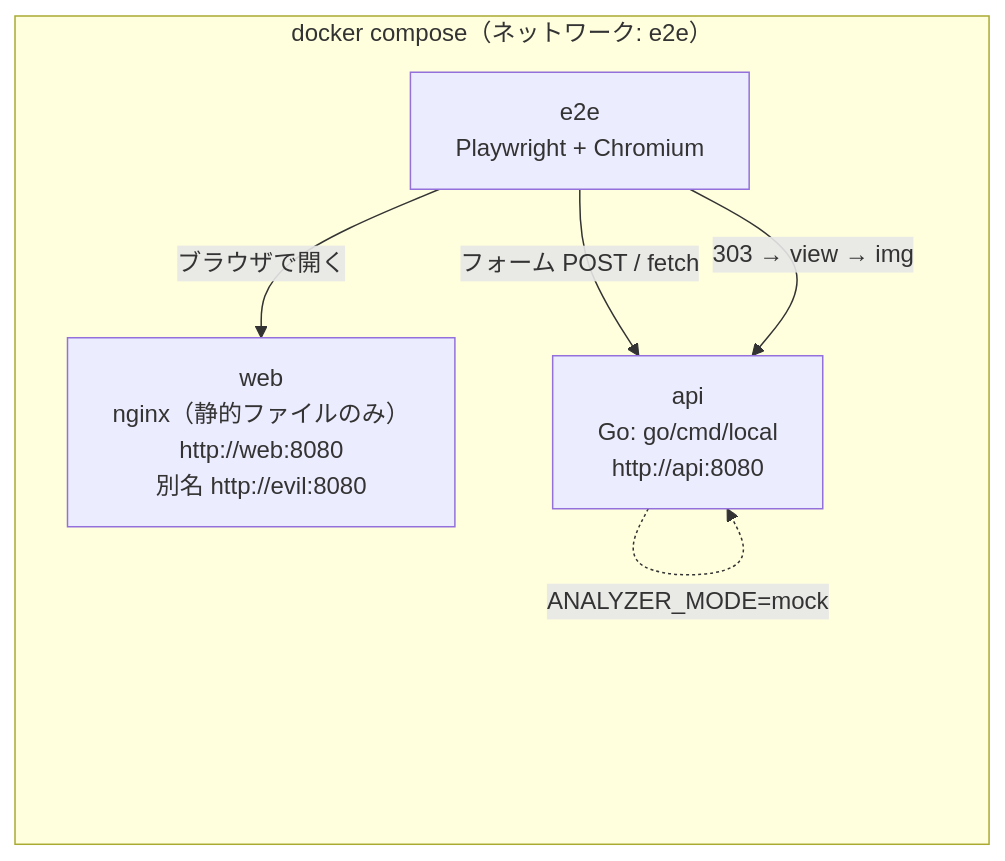
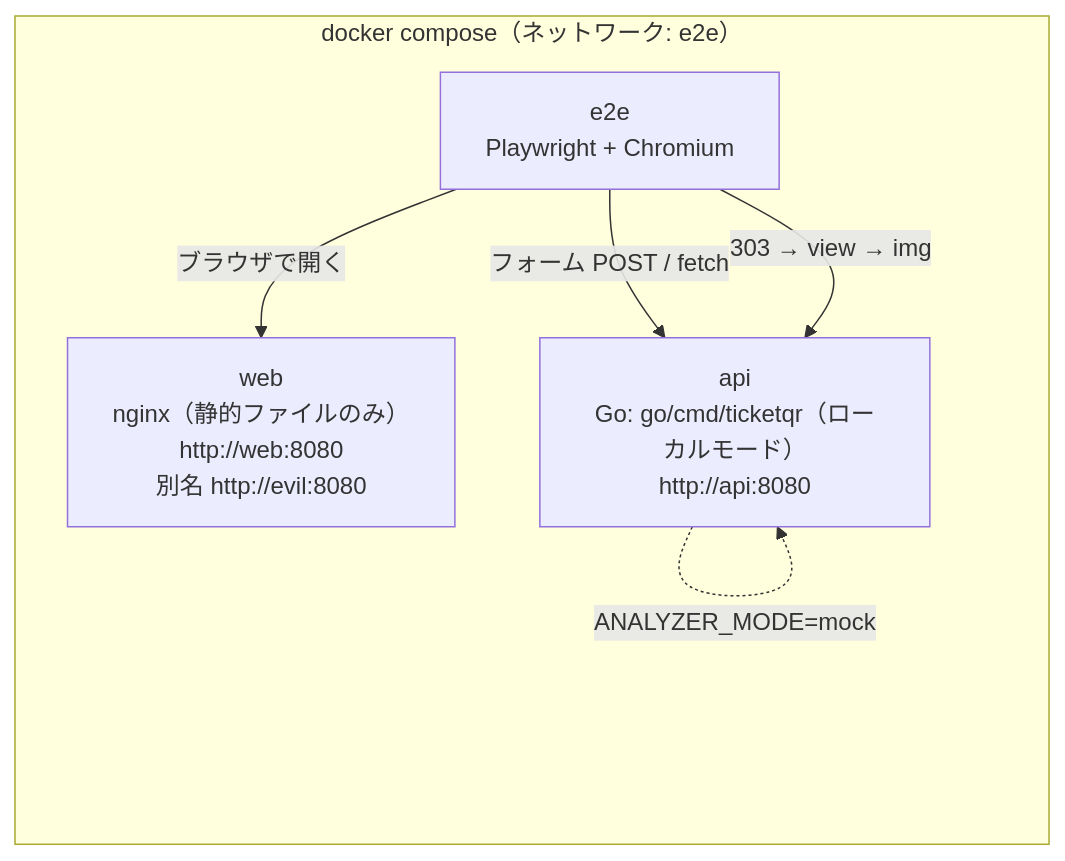
One commit to rxsxkxd/pk changed the diagram in docs/st/E2E.md. Above: the diagram before and after it, drawn with Mermaid. The commit also changed other lines of this file and 23 other files, not shown here.

````diff
--- a/docs/st/E2E.md
+++ b/docs/st/E2E.md
@@ -22,12 +22,12 @@
 ```mermaid
 flowchart LR
   subgraph compose["docker compose（ネットワーク: e2e）"]
     E2E["e2e<br/>Playwright + Chromium"]
     WEB["web<br/>nginx（静的ファイルのみ）<br/>http://web:8080<br/>別名 http://evil:8080"]
-    API["api<br/>Go: go/cmd/local<br/>http://api:8080"]
+    API["api<br/>Go: go/cmd/ticketqr（ローカルモード）<br/>http://api:8080"]
   end
   E2E -->|ブラウザで開く| WEB
   E2E -->|フォーム POST / fetch| API
   E2E -->|303 → view → img| API
   API -.->|ANALYZER_MODE=mock| API
 ```
````
